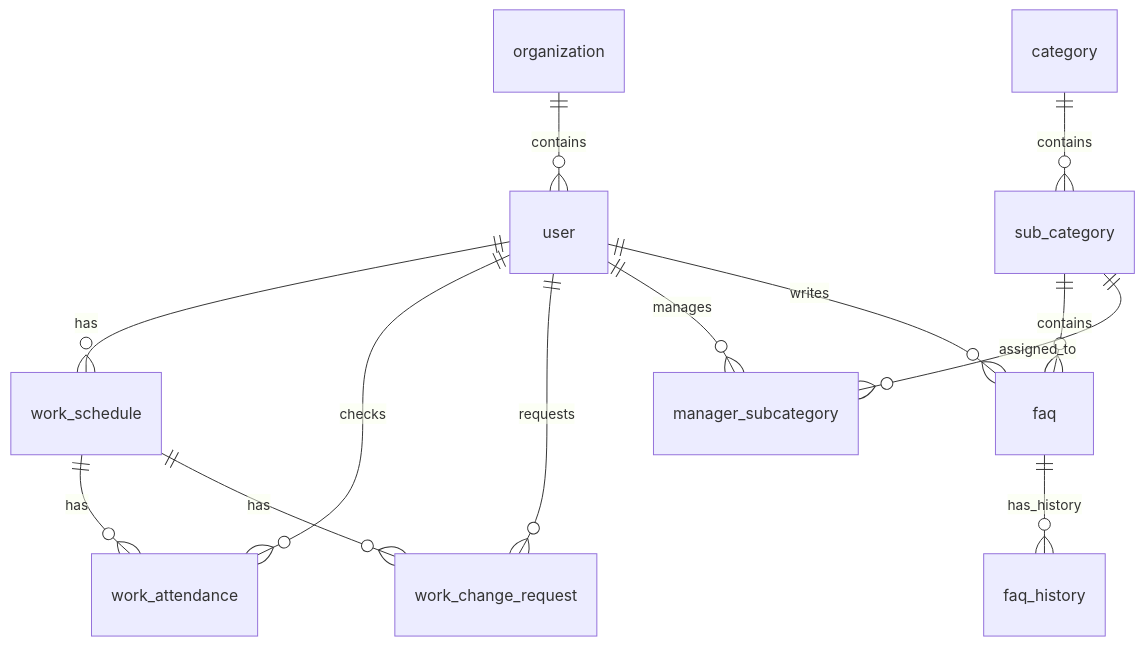
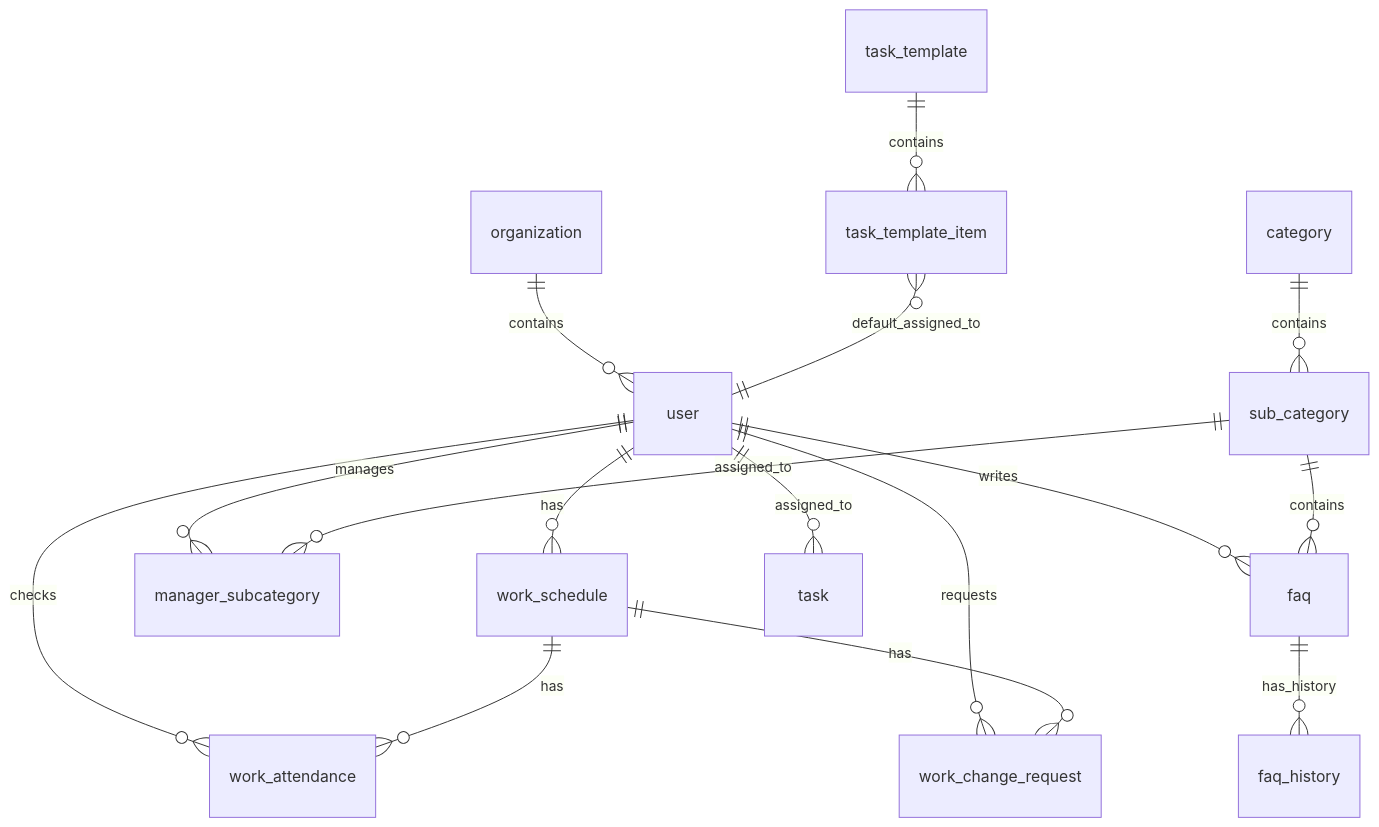
One commit to konkuk-icteam-student/CommuteMate-backend changed the diagram in docs/db.md. Above: the diagram before and after it, drawn with Mermaid. The commit also changed other lines of this file and 2 other files, not shown here.

````diff
--- a/docs/db.md
+++ b/docs/db.md
@@ -90,19 +112,23 @@
 ```mermaid
 erDiagram
     user ||--o{ work_schedule : has
     user ||--o{ work_attendance : checks
     user ||--o{ work_change_request : requests
     user ||--o{ manager_subcategory : manages
     user ||--o{ faq : writes
+    user ||--o{ task : assigned_to
 
     organization ||--o{ user : contains
 
     work_schedule ||--o{ work_attendance : has
     work_schedule ||--o{ work_change_request : has
 
     category ||--o{ sub_category : contains
     sub_category ||--o{ faq : contains
     sub_category ||--o{ manager_subcategory : assigned_to
 
     faq ||--o{ faq_history : has_history
+
+    task_template ||--o{ task_template_item : contains
+    task_template_item }o--|| user : default_assigned_to
 ```
````
